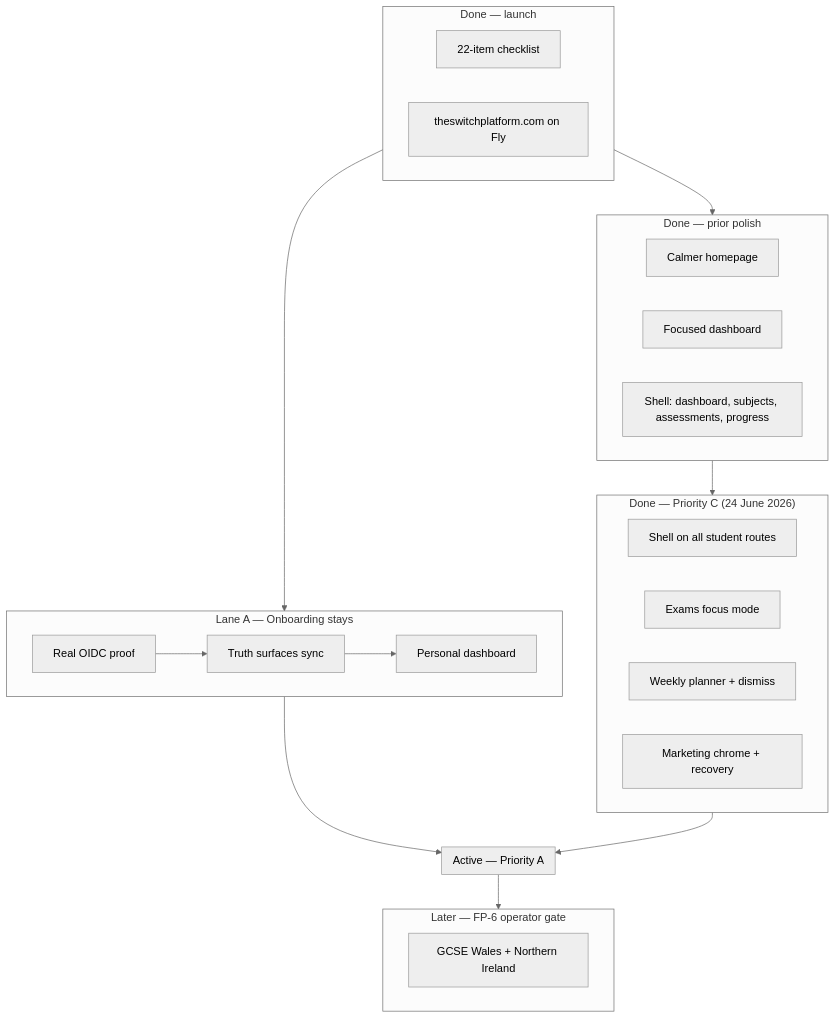
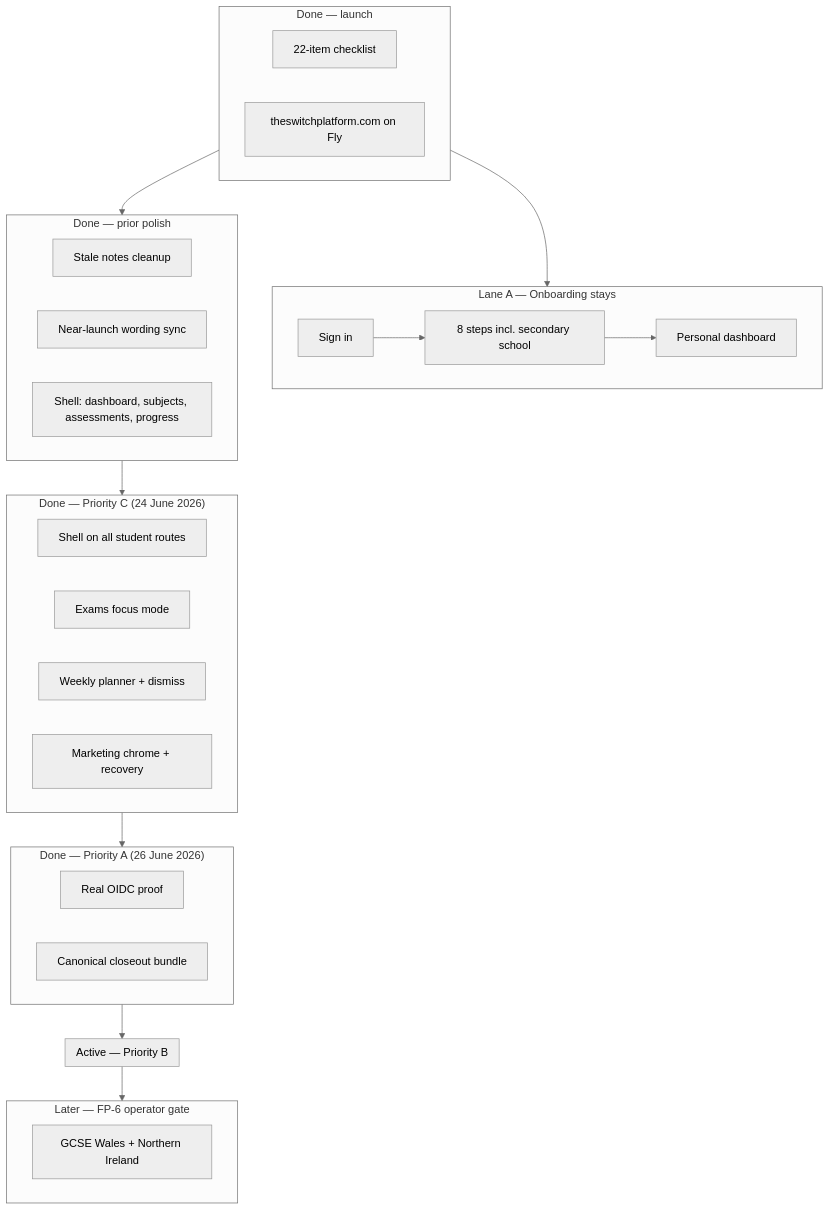
One commit to tech-fresh/the-switch-platform changed the first of 7 diagrams in HANDOFF.md. Above: the diagram before and after it, drawn with Mermaid (neutral theme). The commit also changed other lines of this file and 5 other files, not shown here.

First line of the commit message:
Sync docs: Priority A complete everywhere; active lane is Priority B.

````diff
--- a/HANDOFF.md
+++ b/HANDOFF.md
@@ -162,37 +163,41 @@
 ```mermaid
 flowchart TD
   subgraph done["Done — launch"]
     D1["22-item checklist"]
     D2["theswitchplatform.com on Fly"]
   end
   subgraph laneA["Lane A — Onboarding stays"]
     A1["Sign in"]
     A2["8 steps incl. secondary school"]
     A3["Personal dashboard"]
     A1 --> A2 --> A3
   end
   subgraph donePolish["Done — prior polish"]
     B1["Calmer homepage"]
     B2["Focused dashboard"]
     B3["Shell: dashboard, subjects, assessments, progress"]
   end
   subgraph doneC["Done — Priority C (24 June 2026)"]
     C1["Shell on all student routes"]
     C2["Exams focus mode"]
     C3["Weekly planner + dismiss"]
     C4["Marketing chrome + recovery"]
   end
-  subgraph activeA["Active — Priority A"]
-    A1["Real OIDC proof"]
-    A2["Truth surfaces sync"]
+  subgraph doneA["Done — Priority A (26 June 2026)"]
+    PA1["Real OIDC proof"]
+    PA2["Canonical closeout bundle"]
+  end
+  subgraph activeB["Active — Priority B"]
+    B1["Stale notes cleanup"]
+    B2["Near-launch wording sync"]
   end
   subgraph later["Later — FP-6 operator gate"]
     L1["GCSE Wales + Northern Ireland"]
   end
   done --> laneA
   done --> donePolish
   donePolish --> doneC
-  laneA --> activeA
-  doneC --> activeA
-  activeA --> later
+  doneC --> doneA
+  doneA --> activeB
+  activeB --> later
 ```
````
